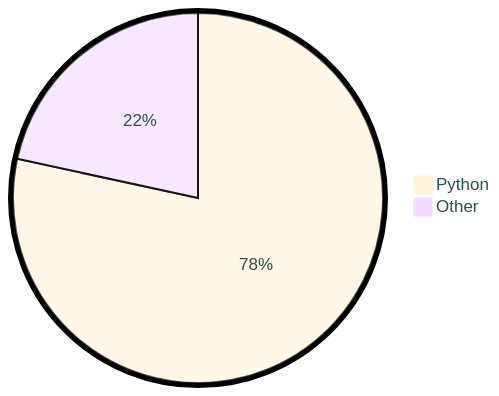
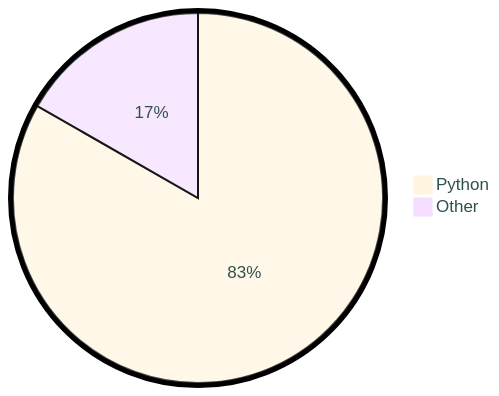
The diagram in README.md (tot0p/tot0p), drawn with Mermaid before and after one commit. The commit also changed other lines of this file, not shown here.

````diff
--- a/README.md
+++ b/README.md
@@ -82,6 +80,6 @@
 ```mermaid
 %%{init: {"pie": {"textPosition": 0.5}, "themeVariables": {"pieOuterStrokeWidth": "5px","primaryTextColor" : "#2F4F4F"},"theme":"base"} }%%
 pie
-	"Python": 78.4
-	"Other": 21.599999999999994
+	"Python": 83.27
+	"Other": 16.72
 ```
````
